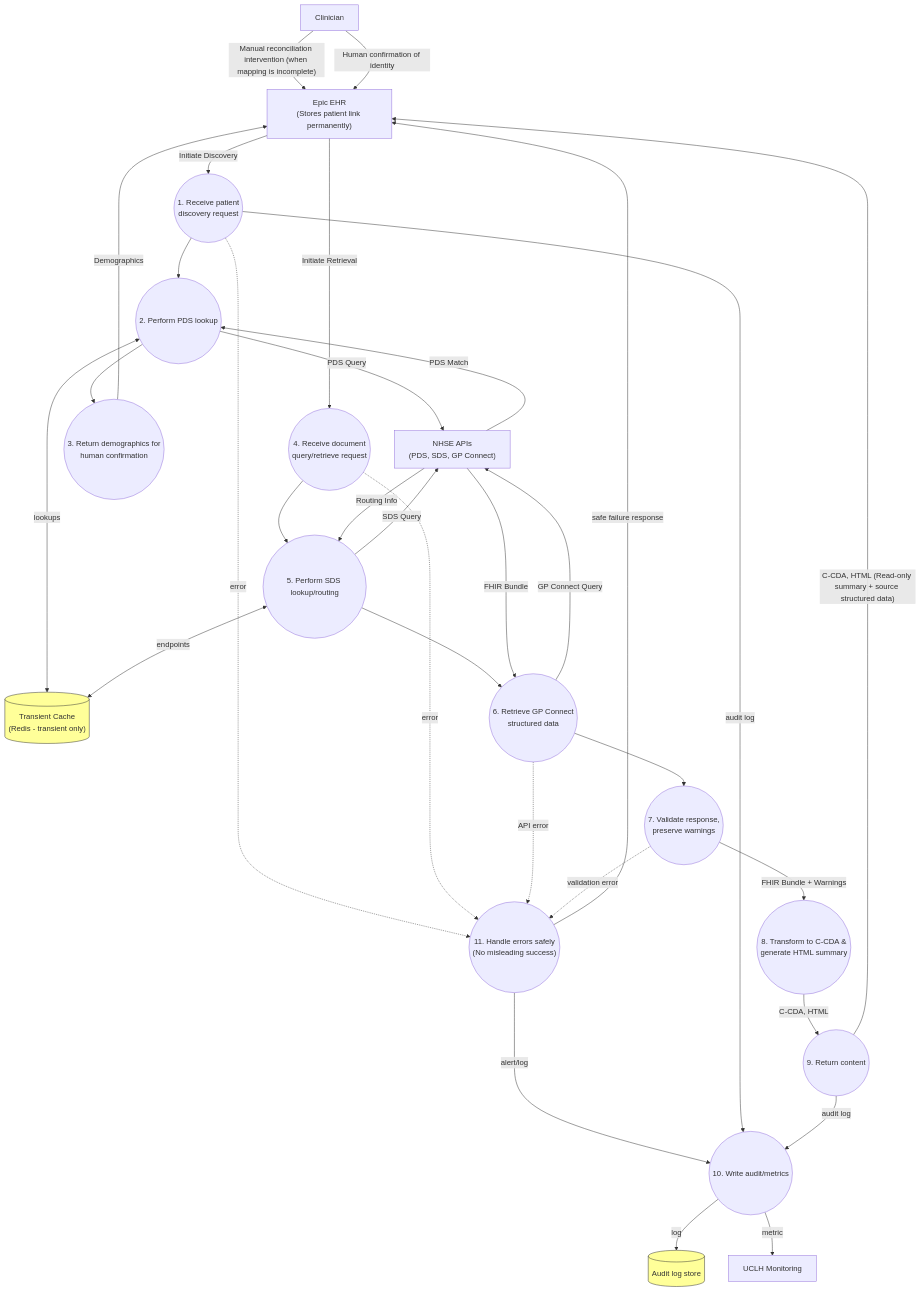
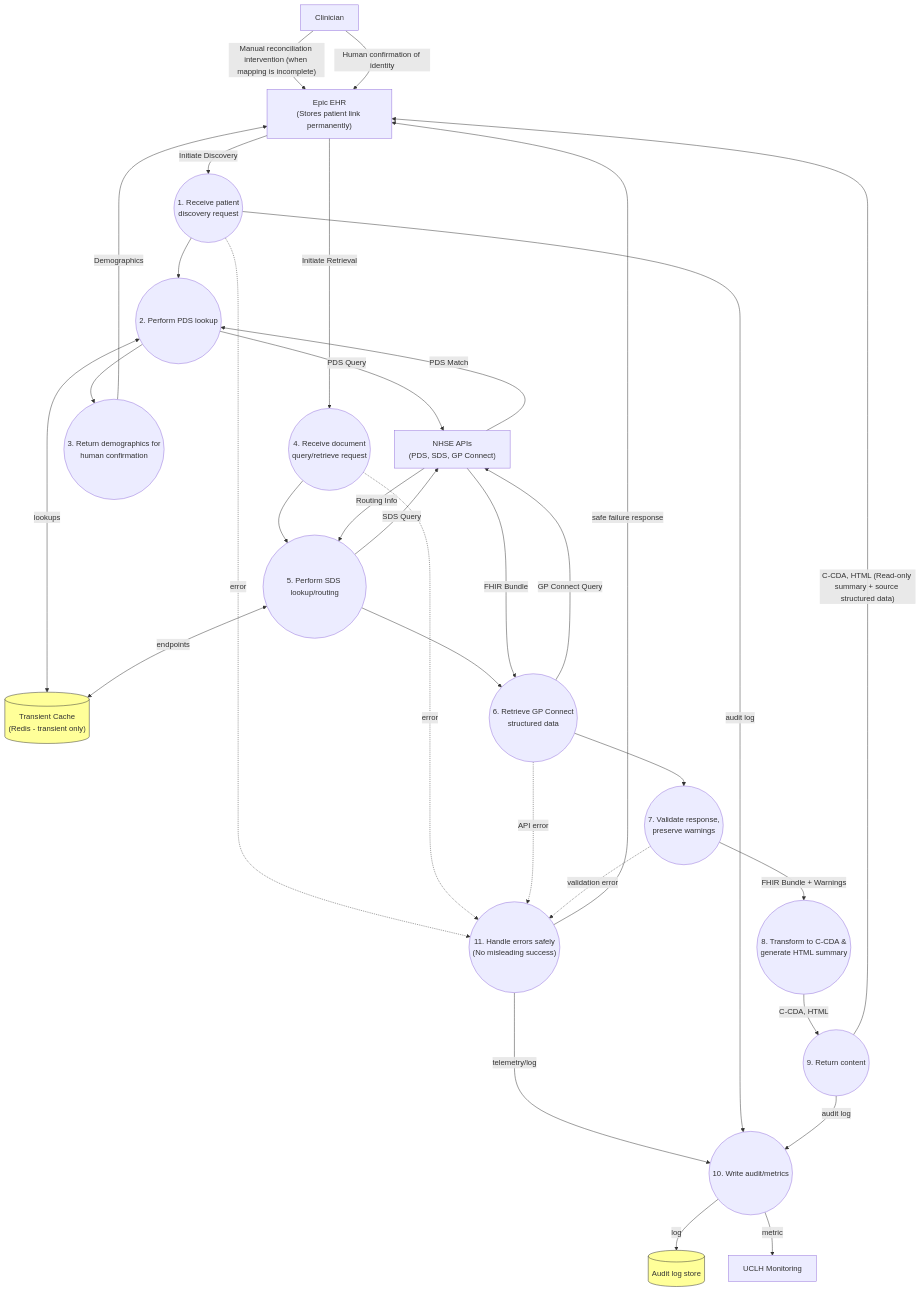
The fifth of 6 diagrams in docs/technical_architecture.md (UCLH-Digital-Innovation-Hub/Xhuma), drawn with Mermaid before and after one commit. The commit also changed other lines of this file and 8 other files, not shown here.

Commit message:
docs: reconcile deployment and assurance architecture

````diff
--- a/docs/technical_architecture.md
+++ b/docs/technical_architecture.md
@@ -175,69 +175,69 @@
 ```mermaid
 flowchart TD
     %% DFD Level 1 (Detailed View)
     classDef datastore fill:#ff9,stroke:#333;
     
     %% External Entities
     Clinician["Clinician"]
     Epic["Epic EHR\n(Stores patient link permanently)"]
     NHSE["NHSE APIs\n(PDS, SDS, GP Connect)"]
     Mon["UCLH Monitoring"]
 
     %% Data Stores
     StoreAudit[("Audit log store")]:::datastore
     StoreCache[("Transient Cache\n(Redis - transient only)")]:::datastore
     
     %% Discovery Scope
     P1(("1. Receive patient\ndiscovery request"))
     P2(("2. Perform PDS lookup"))
     P3(("3. Return demographics for\nhuman confirmation"))
     
     %% Retrieve Scope
     P4(("4. Receive document\nquery/retrieve request"))
     P5(("5. Perform SDS lookup/routing"))
     P6(("6. Retrieve GP Connect\nstructured data"))
     P7(("7. Validate response,\npreserve warnings"))
     P8(("8. Transform to C-CDA &\ngenerate HTML summary"))
     P9(("9. Return content"))
     
     %% Common Scope
     P10(("10. Write audit/metrics"))
     P11(("11. Handle errors safely\n(No misleading success)"))
 
     Clinician -->|"Manual reconciliation intervention (when mapping is incomplete)"| Epic
     Clinician -->|"Human confirmation of identity"| Epic
     
     Epic -->|Initiate Discovery| P1
     P1 -->P2
     P2 -->|PDS Query| NHSE
     NHSE -->|PDS Match| P2
     P2 -->P3
     P3 -->|Demographics| Epic
     
     Epic -->|Initiate Retrieval| P4
     P4 -->P5
     P5 -->|SDS Query| NHSE
     NHSE -->|Routing Info| P5
     P5 -->P6
     P6 -->|GP Connect Query| NHSE
     NHSE -->|FHIR Bundle| P6
     P6 -->P7
     P7 -->|FHIR Bundle + Warnings| P8
     P8 -->|C-CDA, HTML| P9
     P9 -->|"C-CDA, HTML (Read-only summary + source structured data)"| Epic
     
     P1 -.->|error| P11
     P4 -.->|error| P11
     P6 -.->|API error| P11
     P7 -.->|validation error| P11
     P11 -->|safe failure response| Epic
-    P11 -->|alert/log| P10
+    P11 -->|telemetry/log| P10
     
     P1 -->|audit log| P10
     P9 -->|audit log| P10
     P10 -->|log| StoreAudit
     P10 -->|metric| Mon
     
     P2 <-->|lookups| StoreCache
     P5 <-->|endpoints| StoreCache
 ```
````
